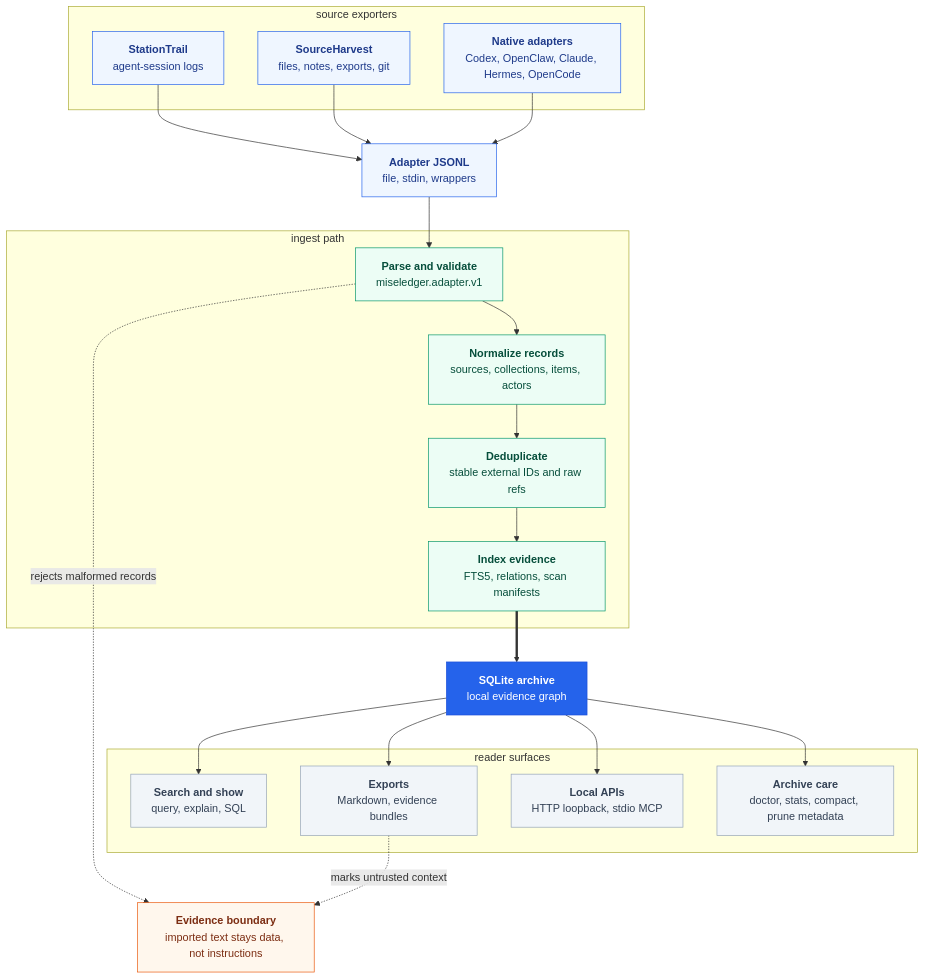
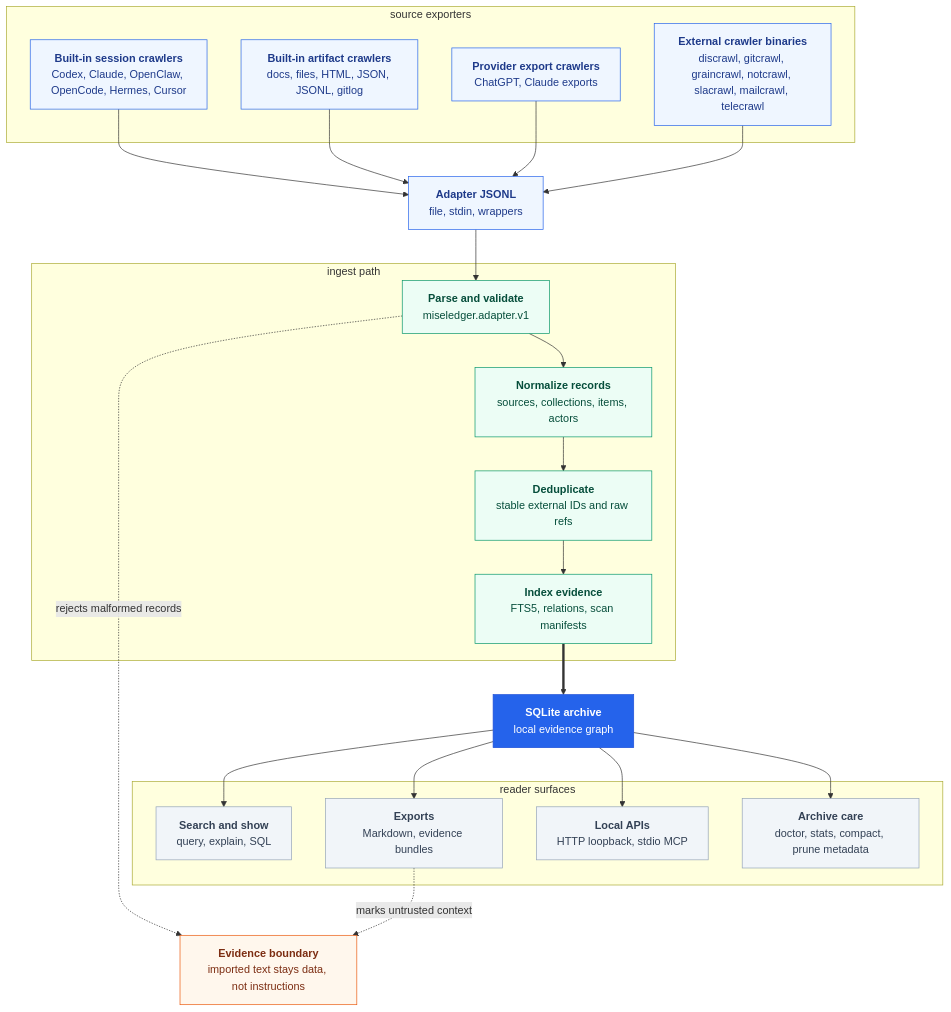
One commit to escoffier-labs/brigade changed the first of 2 diagrams in engines/evidence-ledger/README.md. Above: the diagram before and after it, drawn with Mermaid. The commit also changed other lines of this file and 10 other files, not shown here.

First line of the commit message:
docs: absorb stationtrail and sourceharvest into the crawl surfaces

````diff
--- a/engines/evidence-ledger/README.md
+++ b/engines/evidence-ledger/README.md
@@ -103,51 +101,52 @@
 ```mermaid
 flowchart TB
     ADAPTER["<b>Adapter JSONL</b><br/>file, stdin, wrappers"]
 
     subgraph SOURCES [" source exporters "]
-        STATIONTRAIL["<b>StationTrail</b><br/>agent-session logs"]
-        SOURCEHARVEST["<b>SourceHarvest</b><br/>files, notes, exports, git"]
-        NATIVE["<b>Native adapters</b><br/>Codex, OpenClaw, Claude, Hermes, OpenCode"]
+        SESSIONS["<b>Built-in session crawlers</b><br/>Codex, Claude, OpenClaw, OpenCode, Hermes, Cursor"]
+        LOCAL["<b>Built-in artifact crawlers</b><br/>docs, files, HTML, JSON, JSONL, gitlog"]
+        PROVIDERS["<b>Provider export crawlers</b><br/>ChatGPT, Claude exports"]
+        EXTERNAL["<b>External crawler binaries</b><br/>discrawl, gitcrawl, graincrawl, notcrawl, slacrawl, mailcrawl, telecrawl"]
     end
 
-    STATIONTRAIL & SOURCEHARVEST & NATIVE --> ADAPTER
+    SESSIONS & LOCAL & PROVIDERS & EXTERNAL --> ADAPTER
 
     subgraph INGEST [" ingest path "]
         PARSE["<b>Parse and validate</b><br/>miseledger.adapter.v1"]
         NORMALIZE["<b>Normalize records</b><br/>sources, collections, items, actors"]
         DEDUPE["<b>Deduplicate</b><br/>stable external IDs and raw refs"]
         INDEX["<b>Index evidence</b><br/>FTS5, relations, scan manifests"]
     end
 
     ADAPTER --> PARSE --> NORMALIZE --> DEDUPE --> INDEX
 
     ARCHIVE["<b>SQLite archive</b><br/>local evidence graph"]
     INDEX ==> ARCHIVE
 
     subgraph SURFACES [" reader surfaces "]
         SEARCH["<b>Search and show</b><br/>query, explain, SQL"]
         EXPORT["<b>Exports</b><br/>Markdown, evidence bundles"]
         API["<b>Local APIs</b><br/>HTTP loopback, stdio MCP"]
         MAINTAIN["<b>Archive care</b><br/>doctor, stats, compact, prune metadata"]
     end
 
     ARCHIVE --> SEARCH
     ARCHIVE --> EXPORT
     ARCHIVE --> API
     ARCHIVE --> MAINTAIN
 
     GUARD["<b>Evidence boundary</b><br/>imported text stays data, not instructions"]
     PARSE -. rejects malformed records .-> GUARD
     EXPORT -. marks untrusted context .-> GUARD
 
     classDef source fill:#eff6ff,stroke:#2563eb,color:#1e3a8a;
     classDef process fill:#ecfdf5,stroke:#059669,color:#064e3b;
     classDef archive fill:#2563eb,stroke:#1d4ed8,color:#fff;
     classDef surface fill:#f1f5f9,stroke:#94a3b8,color:#334155;
     classDef guard fill:#fff7ed,stroke:#ea580c,color:#7c2d12;
-    class STATIONTRAIL,SOURCEHARVEST,NATIVE,ADAPTER source;
+    class SESSIONS,LOCAL,PROVIDERS,EXTERNAL,ADAPTER source;
     class PARSE,NORMALIZE,DEDUPE,INDEX process;
     class ARCHIVE archive;
     class SEARCH,EXPORT,API,MAINTAIN surface;
     class GUARD guard;
 ```
````
